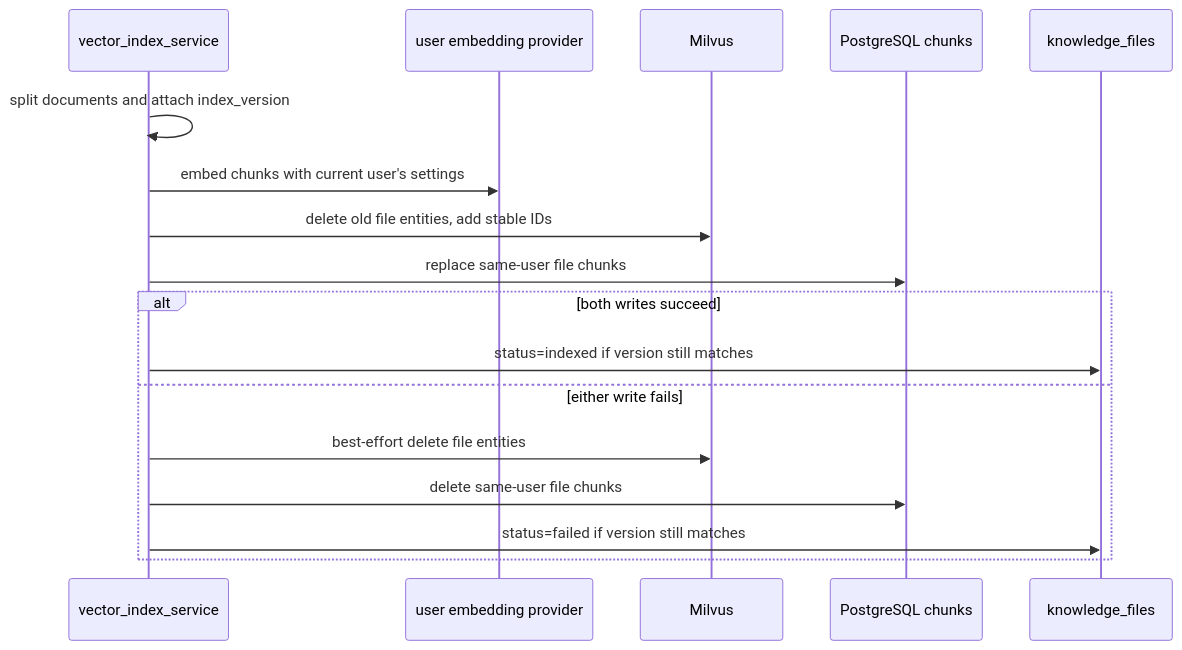
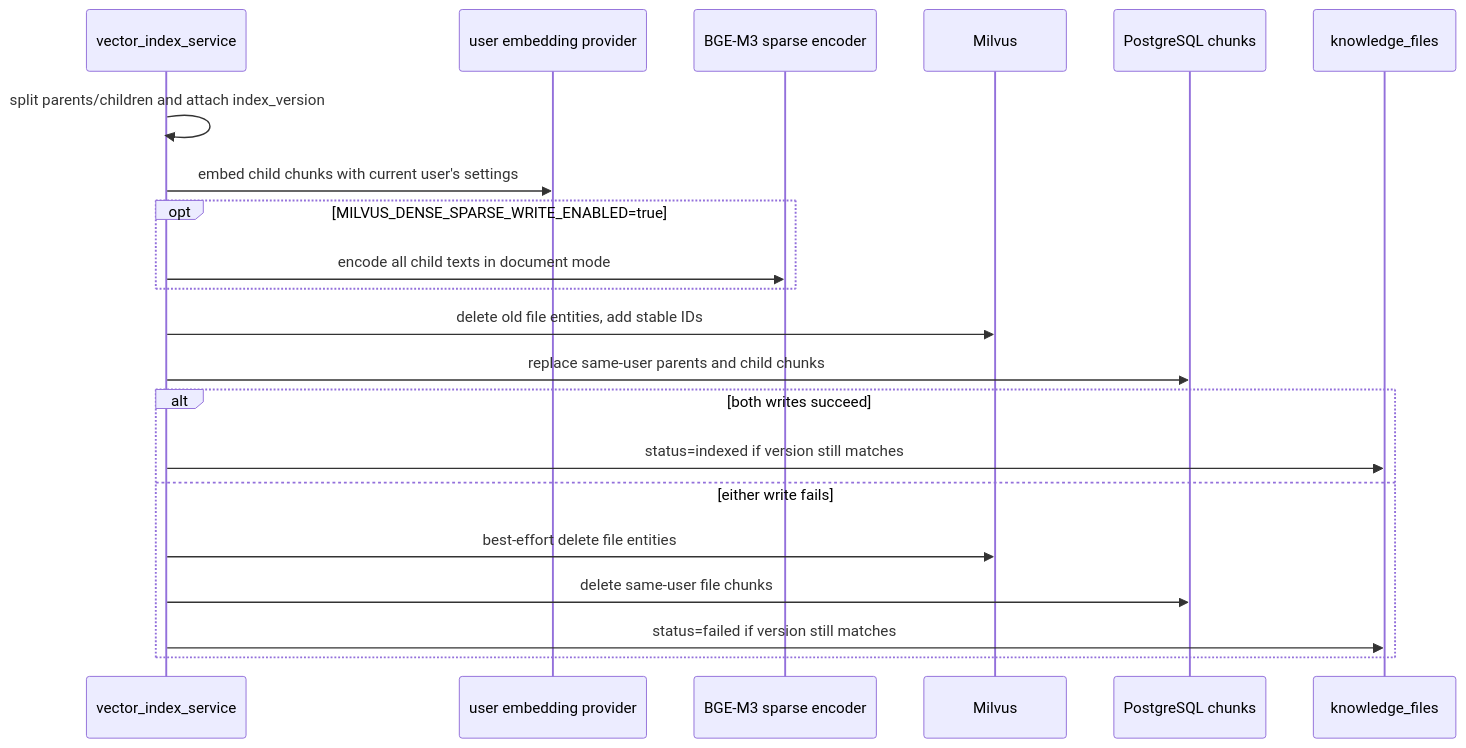
The sixth of 6 diagrams in docs/tutorials/FILE_INGESTION_AND_INDEXING.md (Looball/firstRag), drawn with Mermaid before and after one commit. The commit also changed other lines of this file and 31 other files, not shown here.

First line of the commit message:
Add parent-child chunks and Milvus dense-sparse writes (#63)

````diff
--- a/docs/tutorials/FILE_INGESTION_AND_INDEXING.md
+++ b/docs/tutorials/FILE_INGESTION_AND_INDEXING.md
@@ -463,20 +463,24 @@
 ```mermaid
 sequenceDiagram
     participant Indexer as vector_index_service
     participant Embed as user embedding provider
+    participant Sparse as BGE-M3 sparse encoder
     participant Vector as Milvus
     participant PG as PostgreSQL chunks
     participant File as knowledge_files
 
-    Indexer->>Indexer: split documents and attach index_version
-    Indexer->>Embed: embed chunks with current user's settings
+    Indexer->>Indexer: split parents/children and attach index_version
+    Indexer->>Embed: embed child chunks with current user's settings
+    opt MILVUS_DENSE_SPARSE_WRITE_ENABLED=true
+        Indexer->>Sparse: encode all child texts in document mode
+    end
     Indexer->>Vector: delete old file entities, add stable IDs
-    Indexer->>PG: replace same-user file chunks
+    Indexer->>PG: replace same-user parents and child chunks
     alt both writes succeed
         Indexer->>File: status=indexed if version still matches
     else either write fails
         Indexer->>Vector: best-effort delete file entities
         Indexer->>PG: delete same-user file chunks
         Indexer->>File: status=failed if version still matches
     end
 ```
````
